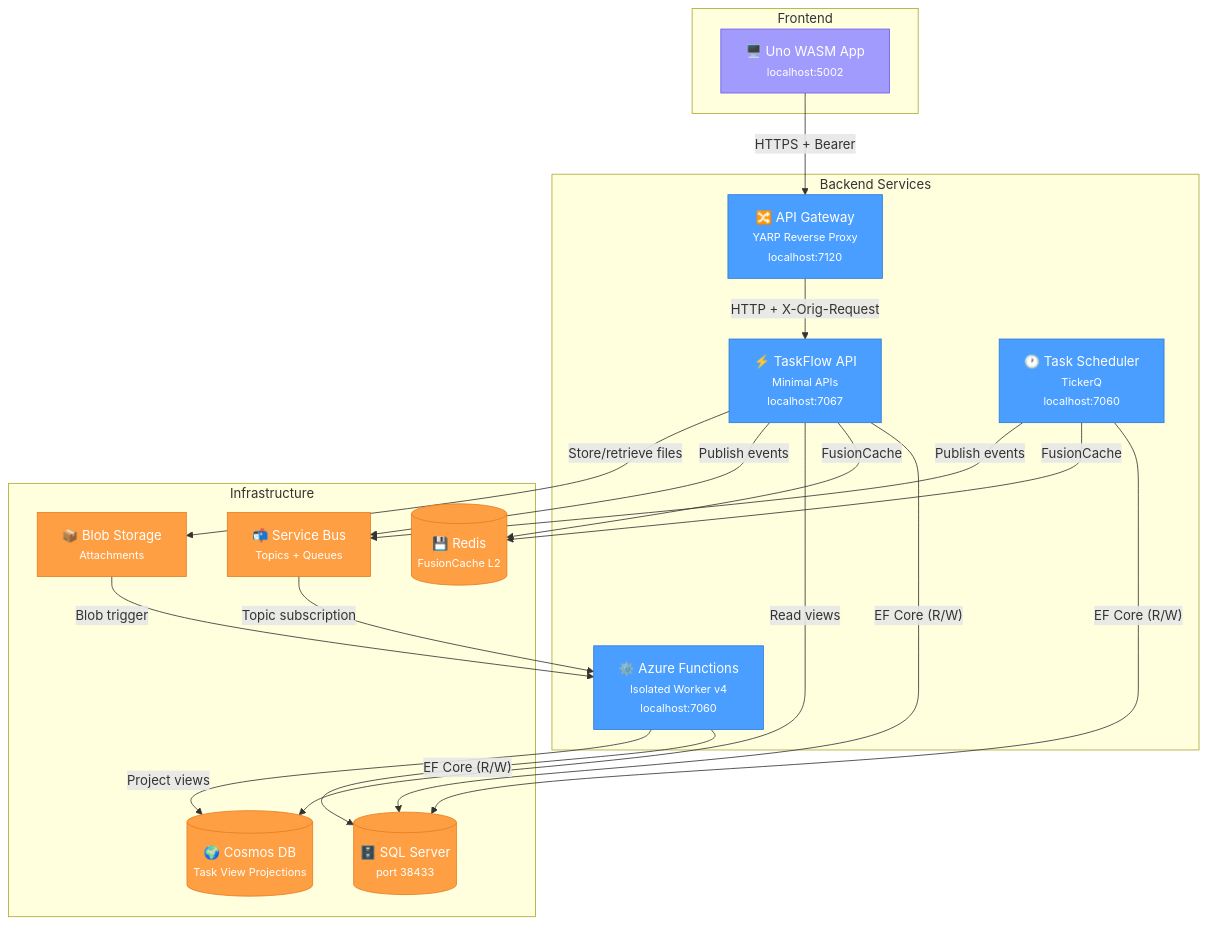
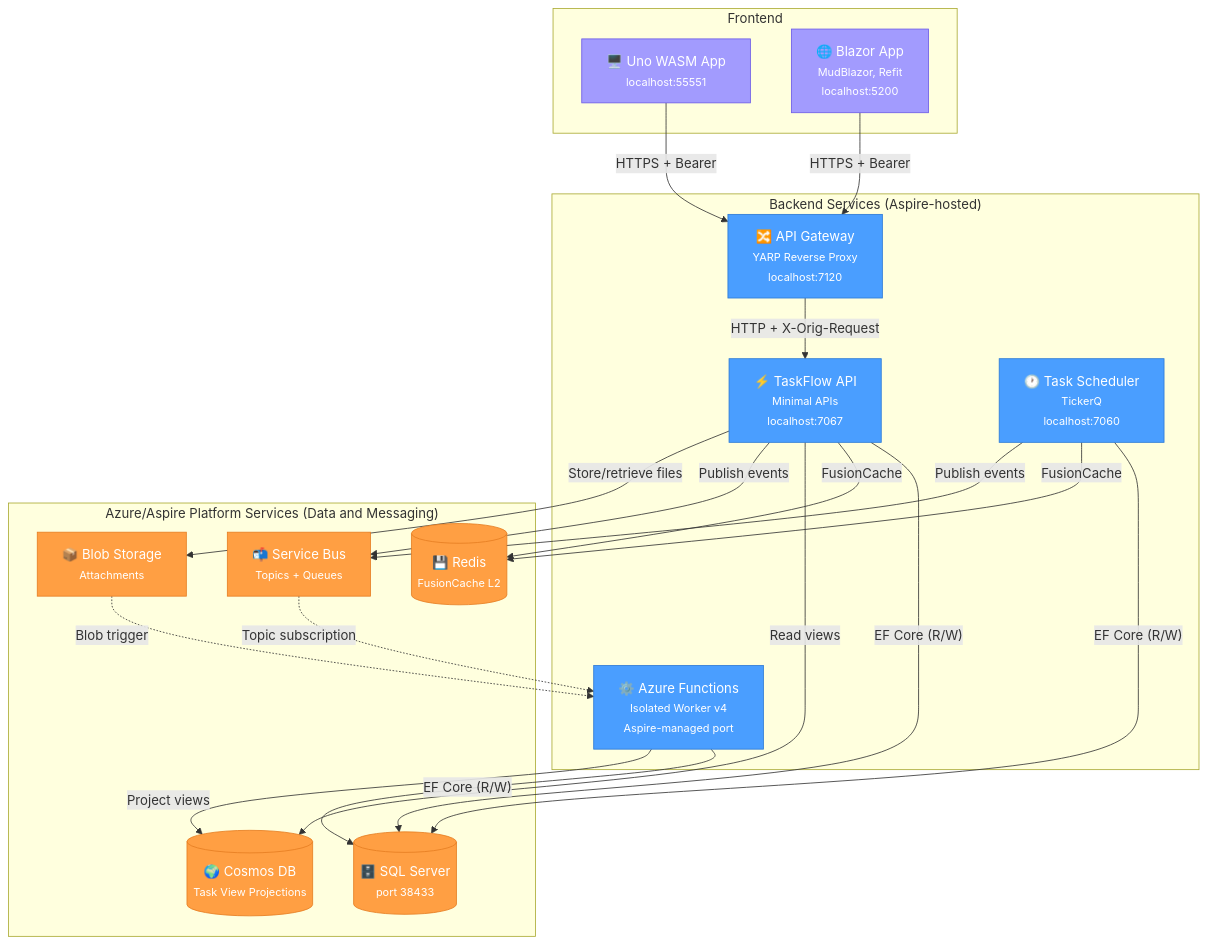
One commit to efreeman518/AI-Instructions-ReferenceApp changed the fifth of 18 diagrams in docs/tech-design.md. Above: the diagram before and after it, drawn with Mermaid. The commit also changed other lines of this file and 15 other files, not shown here.

````diff
--- a/docs/tech-design.md
+++ b/docs/tech-design.md
@@ -227,47 +245,49 @@
 ```mermaid
 graph TB
     subgraph ui["Frontend"]
-        UNO["🖥️ Uno WASM App<br/><small>localhost:5002</small>"]
+        UNO["🖥️ Uno WASM App<br/><small>localhost:55551</small>"]
+        BLAZOR["🌐 Blazor App<br/><small>MudBlazor, Refit<br/>localhost:5200</small>"]
     end
 
-    subgraph services["Backend Services"]
+    subgraph services["Backend Services (Aspire-hosted)"]
         GW["🔀 API Gateway<br/><small>YARP Reverse Proxy<br/>localhost:7120</small>"]
         API["⚡ TaskFlow API<br/><small>Minimal APIs<br/>localhost:7067</small>"]
-        FN["⚙️ Azure Functions<br/><small>Isolated Worker v4<br/>localhost:7060</small>"]
+        FN["⚙️ Azure Functions<br/><small>Isolated Worker v4<br/>Aspire-managed port</small>"]
         SCH["🕐 Task Scheduler<br/><small>TickerQ<br/>localhost:7060</small>"]
     end
 
-    subgraph infra["Infrastructure"]
+    subgraph infra["Azure/Aspire Platform Services (Data and Messaging)"]
         SQL[("🗄️ SQL Server<br/><small>port 38433</small>")]
         REDIS[("💾 Redis<br/><small>FusionCache L2</small>")]
         COSMOS[("🌍 Cosmos DB<br/><small>Task View Projections</small>")]
         SB["📬 Service Bus<br/><small>Topics + Queues</small>"]
         BLOB["📦 Blob Storage<br/><small>Attachments</small>"]
     end
 
     UNO -->|"HTTPS + Bearer"| GW
+    BLAZOR -->|"HTTPS + Bearer"| GW
     GW -->|"HTTP + X-Orig-Request"| API
 
     API -->|"EF Core (R/W)"| SQL
     API -->|"FusionCache"| REDIS
     API -->|"Read views"| COSMOS
     API -->|"Publish events"| SB
     API -->|"Store/retrieve files"| BLOB
 
-    SB -->|"Topic subscription"| FN
-    BLOB -->|"Blob trigger"| FN
+    SB -.->|"Topic subscription"| FN
+    BLOB -.->|"Blob trigger"| FN
     FN -->|"EF Core (R/W)"| SQL
     FN -->|"Project views"| COSMOS
 
     SCH -->|"EF Core (R/W)"| SQL
     SCH -->|"FusionCache"| REDIS
     SCH -->|"Publish events"| SB
 
     classDef service fill:#4a9eff,stroke:#2d7ad6,color:#fff
     classDef infra fill:#ff9f43,stroke:#e67e22,color:#fff
     classDef ui fill:#a29bfe,stroke:#6c5ce7,color:#fff
 
-    class UNO ui
+    class UNO,BLAZOR ui
     class GW,API,FN,SCH service
     class SQL,REDIS,COSMOS,SB,BLOB infra
 ```
````
